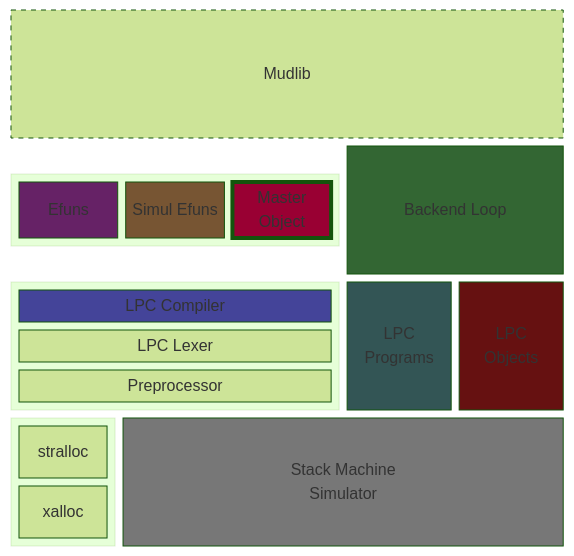
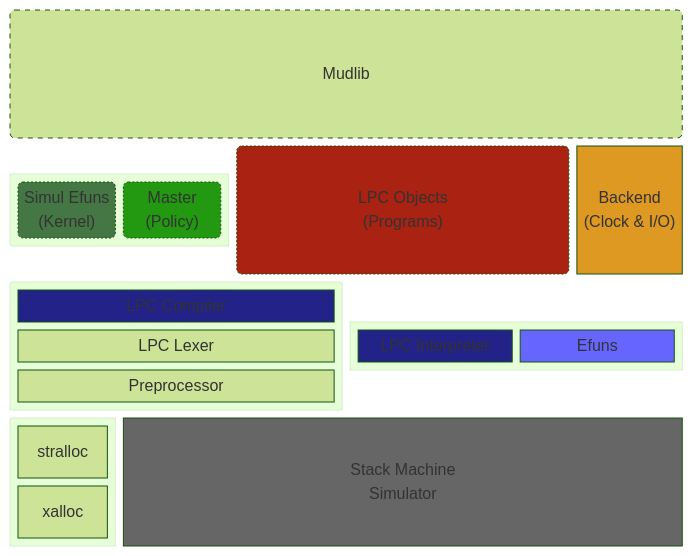
The diagram in README.md (taedlar/neolith), drawn with Mermaid (forest theme) before and after one commit.

Commit message:
doc: update architecture illustration (#149)

```diff
--- a/README.md
+++ b/README.md
@@ -14,35 +14,37 @@
 ~~~mermaid
 block
-    columns 5
-    Mudlib:5
+    columns 6
+    Mudlib("Mudlib"):6
     style Mudlib stroke-dasharray: 5 5
-    block:group1:3
-        columns auto
-        Efuns
-        SimulEfuns["Simul Efuns"]
-        Master["Master\nObject"]
+    block:group1:2
+        SimulEfuns("Simul Efuns\n(Kernel)")
+        Master("Master\n(Policy)")
     end
-    Backend["Backend Loop"]:2    
+    Objects("LPC Objects\n(Programs)"):3
+    Backend["Backend\n(Clock & I/O)"]
     block:group2:3
         columns 1
         LPCC["LPC Compiler"]
         Lexer["LPC Lexer"]
         Preprocessor
     end
-    Programs["LPC\nPrograms"]
-    Objects["LPC\nObjects"]
+    block:group3:3
+        columns 2
+        LPCI["LPC Interpreter"]
+        Efuns
+    end
     block:group4
         columns 1
         stralloc
         xalloc
     end
-    Simulate["Stack Machine\nSimulator"]:4
-    style Efuns fill:#626,color:#fff
-    style SimulEfuns fill:#753,color:#fff
-    style Master fill:#903,stroke-width:4px,color:#fff
-    style Backend fill:#363,color:#fff
-    style LPCC fill:#449,color:#fff
-    style Objects fill:#611,color:#fff
-    style Programs fill:#355,color:#fff
-    style Simulate fill:#777,color:#fff
+    Simulate["Stack Machine\nSimulator"]:5
+    style SimulEfuns fill:#474,color:#fff,stroke-dasharray:2
+    style Master fill:#291,color:#fff,stroke-dasharray:2
+    style Objects fill:#a21,color:#fff,stroke-dasharray:2
+    style Backend fill:#d92,color:#fff
+    style LPCC fill:#228,color:#fff
+    style LPCI fill:#228,color:#fff
+    style Efuns fill:#66f,color:#fff
+    style Simulate fill:#666,color:#fff
 ~~~
```
